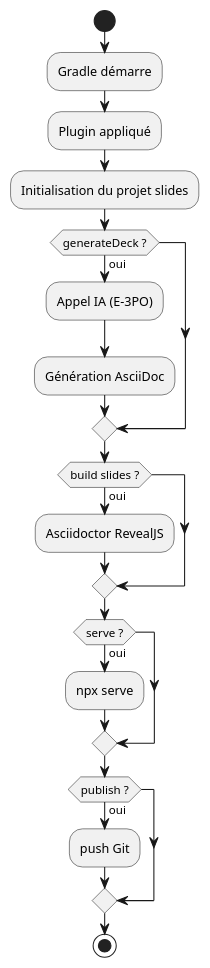
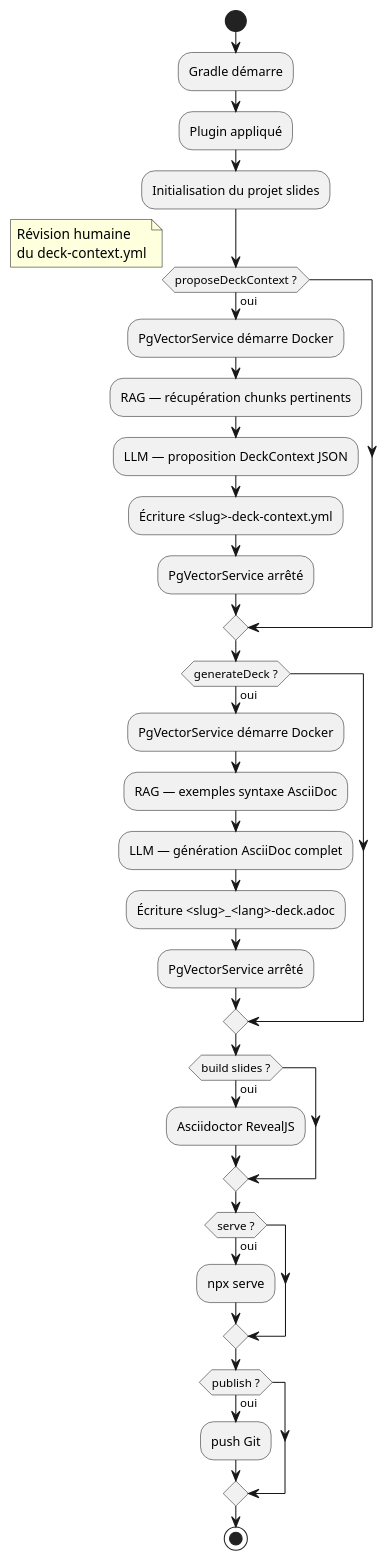
One commit to cheroliv/slider-gradle changed the second of 10 diagrams in README_plantuml_fr.adoc. Above: the diagram before and after it, drawn with PlantUML. The commit also changed other lines of this file and 1 other file, not shown here.

Commit message:
📝 docs(README_plantuml*): update AI generation process and file structure for deck context and generated decks

```diff
--- a/README_plantuml_fr.adoc
+++ b/README_plantuml_fr.adoc
@@ -55,27 +65,43 @@
 [plantuml]
 ....
 @startuml
 start
 :Gradle démarre;
 :Plugin appliqué;
 :Initialisation du projet slides;
 
+if (proposeDeckContext ?) then (oui)
+  :PgVectorService démarre Docker;
+  :RAG — récupération chunks pertinents;
+  :LLM — proposition DeckContext JSON;
+  :Écriture <slug>-deck-context.yml;
+  :PgVectorService arrêté;
+endif
+
+note right
+  Révision humaine
+  du deck-context.yml
+end note
+
 if (generateDeck ?) then (oui)
-  :Appel IA (E-3PO);
-  :Génération AsciiDoc;
+  :PgVectorService démarre Docker;
+  :RAG — exemples syntaxe AsciiDoc;
+  :LLM — génération AsciiDoc complet;
+  :Écriture <slug>_<lang>-deck.adoc;
+  :PgVectorService arrêté;
 endif
 
 if (build slides ?) then (oui)
   :Asciidoctor RevealJS;
 endif
 
 if (serve ?) then (oui)
   :npx serve;
 endif
 
 if (publish ?) then (oui)
   :push Git;
 endif
 stop
 @enduml
 ....
```
